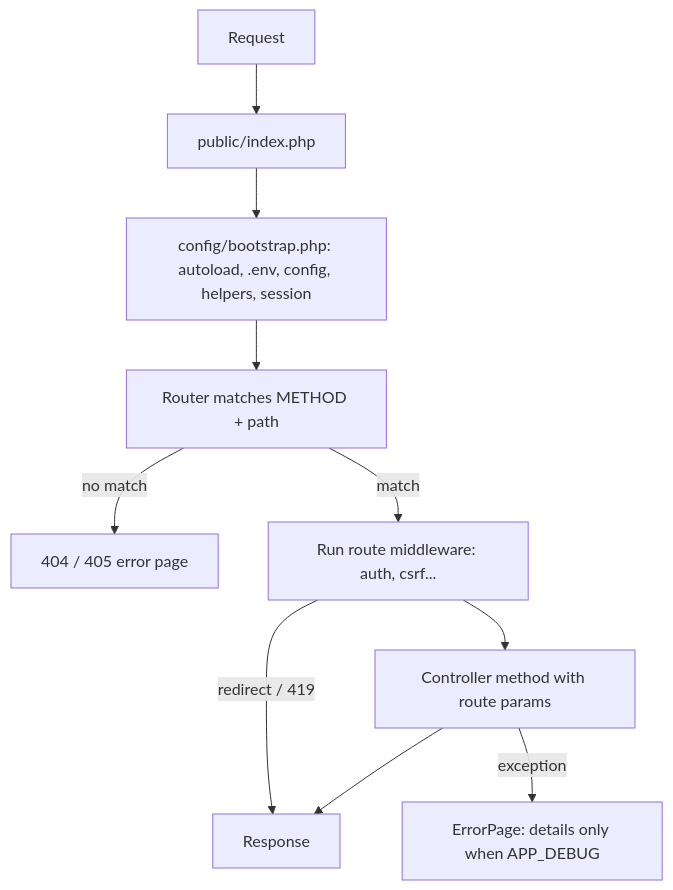
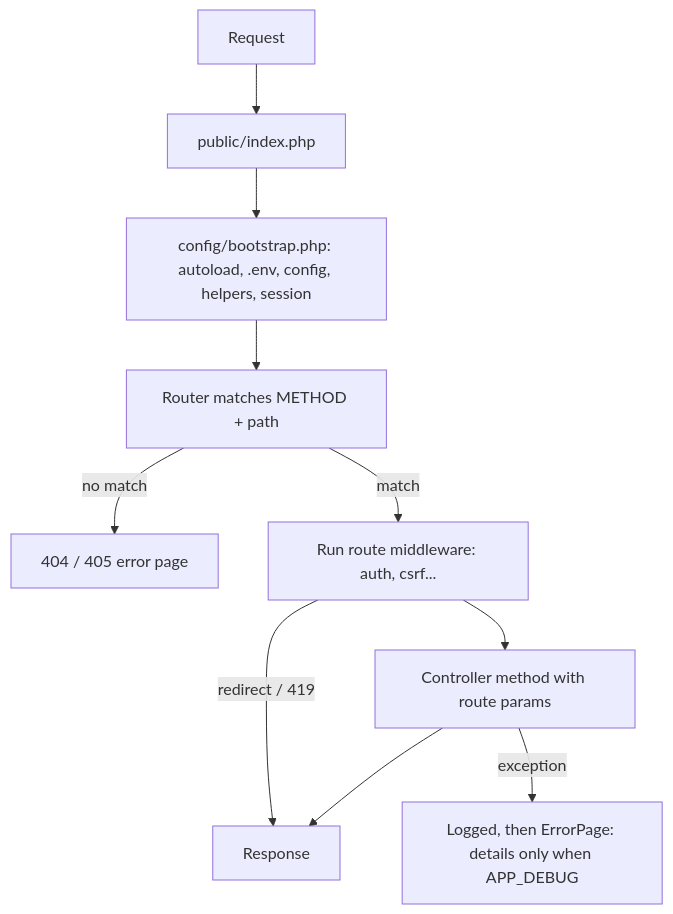
One commit to Solayman/bongo-php changed the diagram in DOCUMENTATION.md. Above: the diagram before and after it, drawn with Mermaid. The commit also changed other lines of this file and 84 other files, not shown here.

````diff
--- a/DOCUMENTATION.md
+++ b/DOCUMENTATION.md
@@ -111,12 +119,12 @@
 ```mermaid
 flowchart TD
     A[Request] --> B[public/index.php]
     B --> C[config/bootstrap.php: autoload, .env, config, helpers, session]
     C --> D[Router matches METHOD + path]
     D -- no match --> N[404 / 405 error page]
     D -- match --> M[Run route middleware: auth, csrf...]
     M -- redirect / 419 --> X[Response]
     M --> H[Controller method with route params]
     H --> X
-    H -- exception --> E[ErrorPage: details only when APP_DEBUG]
+    H -- exception --> E[Logged, then ErrorPage: details only when APP_DEBUG]
 ```
````
